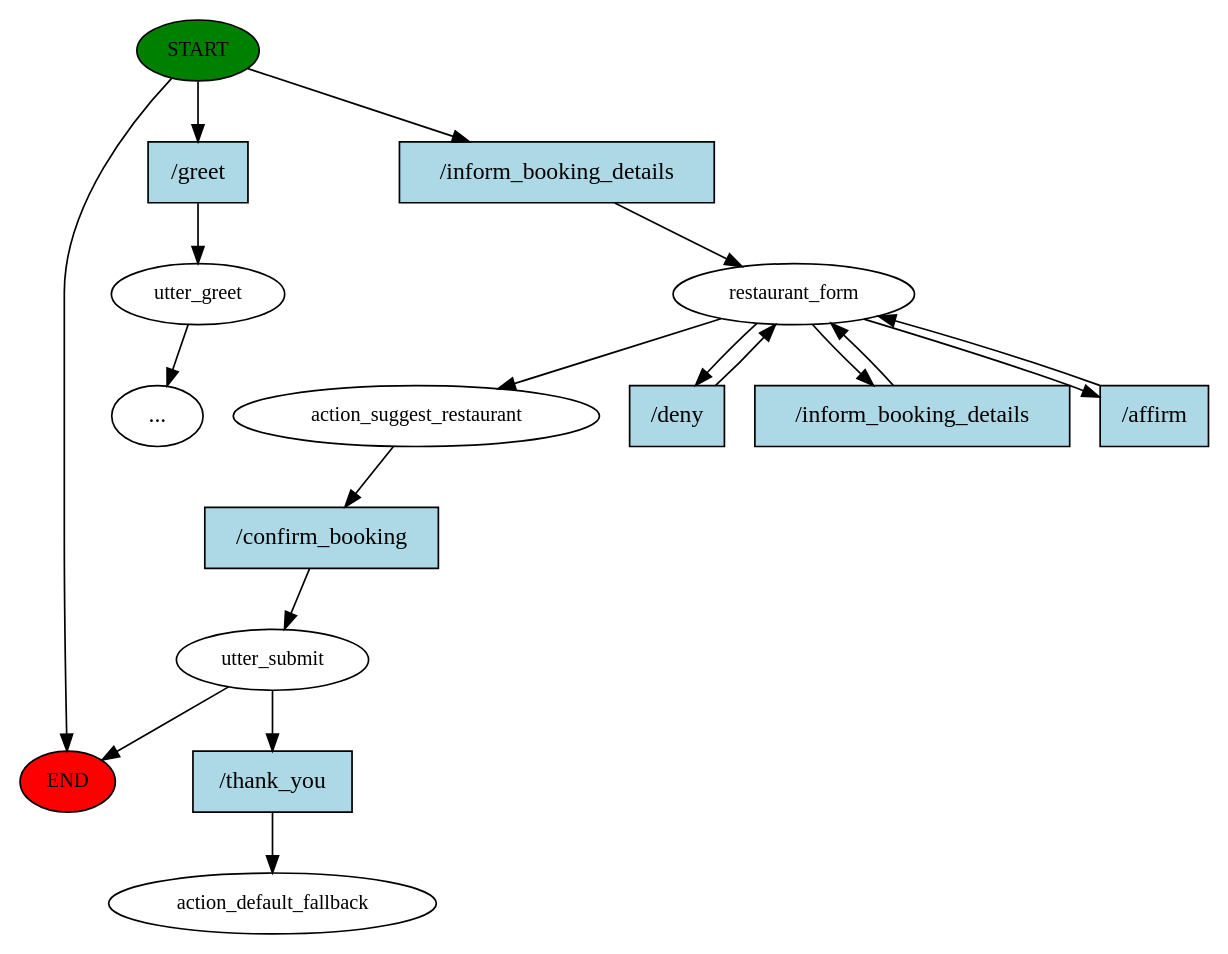
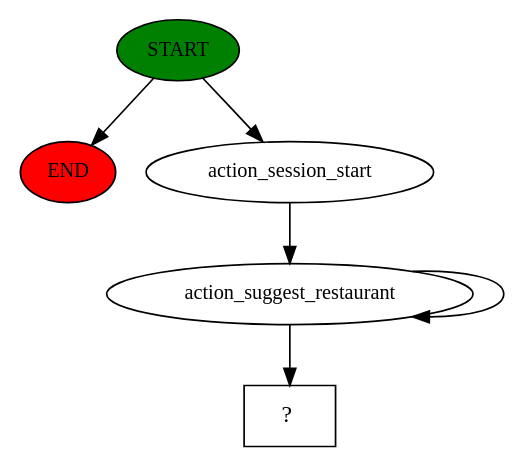
The diagram in story_graph.dot (JasminDenise/voiceAssistantAlice), drawn with Graphviz before and after one commit. The commit also changed 17 other files, not shown here.

```diff
--- a/story_graph.dot
+++ b/story_graph.dot
@@ -1,35 +1,12 @@
 digraph  {
 0 [class="start active", fillcolor=green, fontsize=12, label=START, style=filled];
 "-1" [class=end, fillcolor=red, fontsize=12, label=END, style=filled];
-1 [class="", fontsize=12, label=utter_greet];
-"-5" [class=ellipsis, label="..."];
-4 [class=active, fontsize=12, label=restaurant_form];
-9 [class=active, fontsize=12, label=action_suggest_restaurant];
-10 [class=active, fontsize=12, label=utter_submit];
-18 [class="dashed active", fontsize=12, label=action_default_fallback];
-19 [class=intent, fillcolor=lightblue, label="/greet", shape=rect, style=filled];
-20 [class="intent active", fillcolor=lightblue, label="/inform_booking_details", shape=rect, style=filled];
-21 [class=intent, fillcolor=lightblue, label="/deny", shape=rect, style=filled];
-22 [class="intent active", fillcolor=lightblue, label="/inform_booking_details", shape=rect, style=filled];
-23 [class="intent active", fillcolor=lightblue, label="/affirm", shape=rect, style=filled];
-24 [class="intent active", fillcolor=lightblue, label="/confirm_booking", shape=rect, style=filled];
-25 [class="intent active", fillcolor=lightblue, label="/thank_you", shape=rect, style=filled];
+1 [class=active, fontsize=12, label=action_session_start];
+2 [class=active, fontsize=12, label=action_suggest_restaurant];
+13 [class="intent dashed active", label="  ?  ", shape=rect];
 0 -> "-1"  [class="", key=NONE, label=""];
-0 -> 19  [class="", key=0];
-0 -> 20  [class=active, key=0];
-1 -> "-5"  [class="", key=NONE, label=""];
-4 -> 9  [class=active, key=NONE, label=""];
-4 -> 21  [class="", key=0];
-4 -> 22  [class=active, key=0];
-4 -> 23  [class=active, key=0];
-9 -> 24  [class=active, key=0];
-10 -> "-1"  [class="", key=NONE, label=""];
-10 -> 25  [class=active, key=0];
-19 -> 1  [class="", key=0];
-20 -> 4  [class=active, key=0];
-21 -> 4  [class="", key=0];
-22 -> 4  [class=active, key=0];
-23 -> 4  [class=active, key=0];
-24 -> 10  [class=active, key=0];
-25 -> 18  [class=active, key=0];
+0 -> 1  [class=active, key=NONE, label=""];
+1 -> 2  [class=active, key=NONE, label=""];
+2 -> 2  [class=active, key=NONE, label=""];
+2 -> 13  [class=active, key=NONE, label=""];
 }
```
